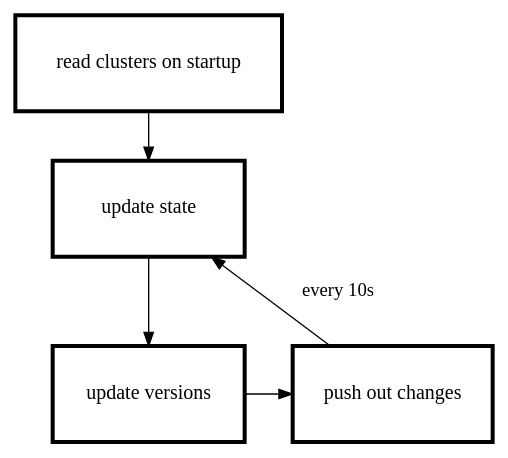
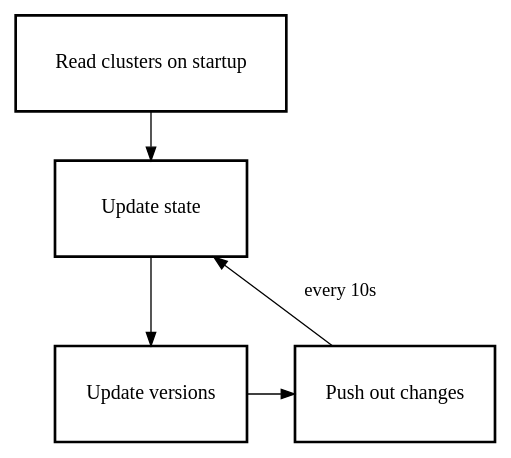
One commit to miekg/kubeadam changed the diagram in xds-bin.dot. Above: the diagram before and after it, drawn with Graphviz. The commit also changed 2 other files, not shown here.

```diff
--- a/xds-bin.dot
+++ b/xds-bin.dot
@@ -1,12 +1,12 @@
 digraph xds_bin {
   node[fontsize=15, color = black, shape = box, width=2, height=1] ;
-  a[label="read clusters on startup", group="1",penwidth=3];
-  b[label="update state",penwidth=3];
-  c[label="update versions",penwidth=3];
-  d[label="push out changes",penwidth=3] ;
+  a[label="Read clusters on startup", group="1",penwidth=2];
+  b[label="Update state",penwidth=2];
+  c[label="Update versions",penwidth=2];
+  d[label="Push out changes",penwidth=2] ;
   {rank =same; c[group=2]; d[group=2]}
 
   a->b->c->d;
 
   d->b[label="every 10s\n\n",constraint=false];
 }
```
